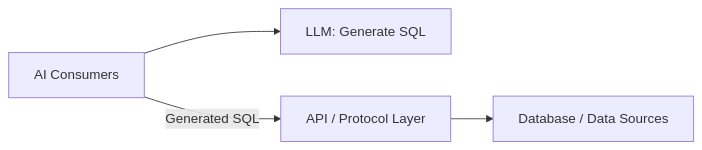
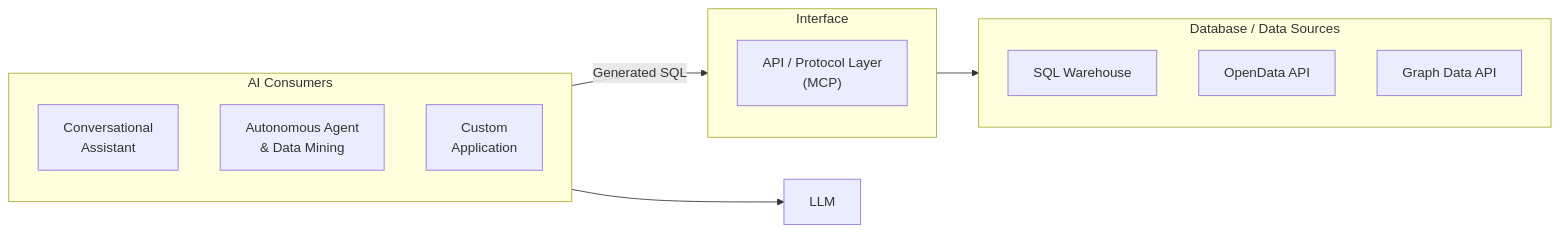
The first of 2 diagrams in docs/product/analytics/01-overview.md (M-A-Operating-System/shared-work), drawn with Mermaid before and after one commit. The commit also changed other lines of this file, not shown here.

Commit message:
docs: restore detailed overview comparison diagrams

````diff
--- a/docs/product/analytics/01-overview.md
+++ b/docs/product/analytics/01-overview.md
@@ -75,6 +75,25 @@
 ```mermaid
 flowchart LR
-    C["AI Consumers"] --> L["LLM: Generate SQL"]
-    C -->|Generated SQL| I["API / Protocol Layer"]
-    I --> D["Database / Data Sources"]
+    subgraph clients["AI Consumers"]
+        direction TB
+        C1["Conversational\nAssistant"]
+        C2["Autonomous Agent\n& Data Mining"]
+        C3["Custom\nApplication"]
+    end
+    L["LLM"]
+
+    subgraph I["Interface"]
+        direction TB
+        M["API / Protocol Layer\n(MCP)"]
+    end
+
+    subgraph data["Database / Data Sources"]
+        direction TB
+        D1["SQL Warehouse"]
+        D2["OpenData API"]
+        D3["Graph Data API"]
+    end
+    clients --> L
+    clients -->|Generated SQL| M
+    M --> data
 ```
````
